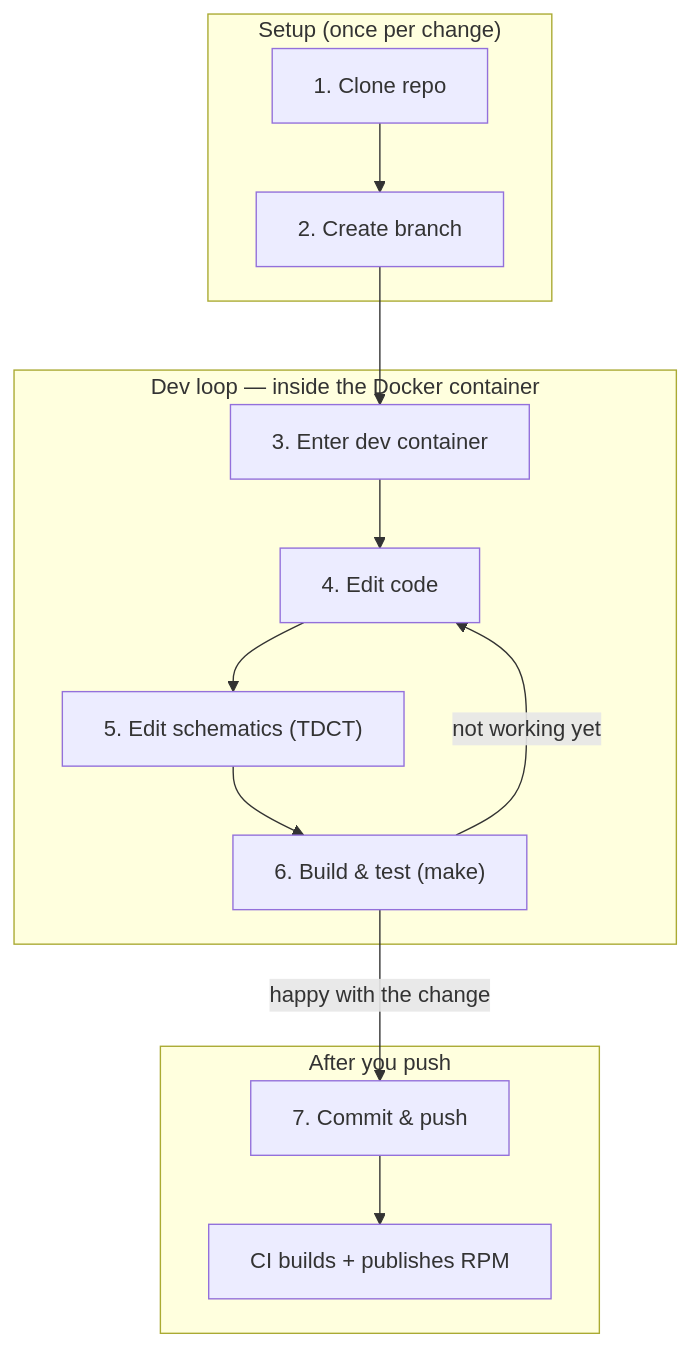
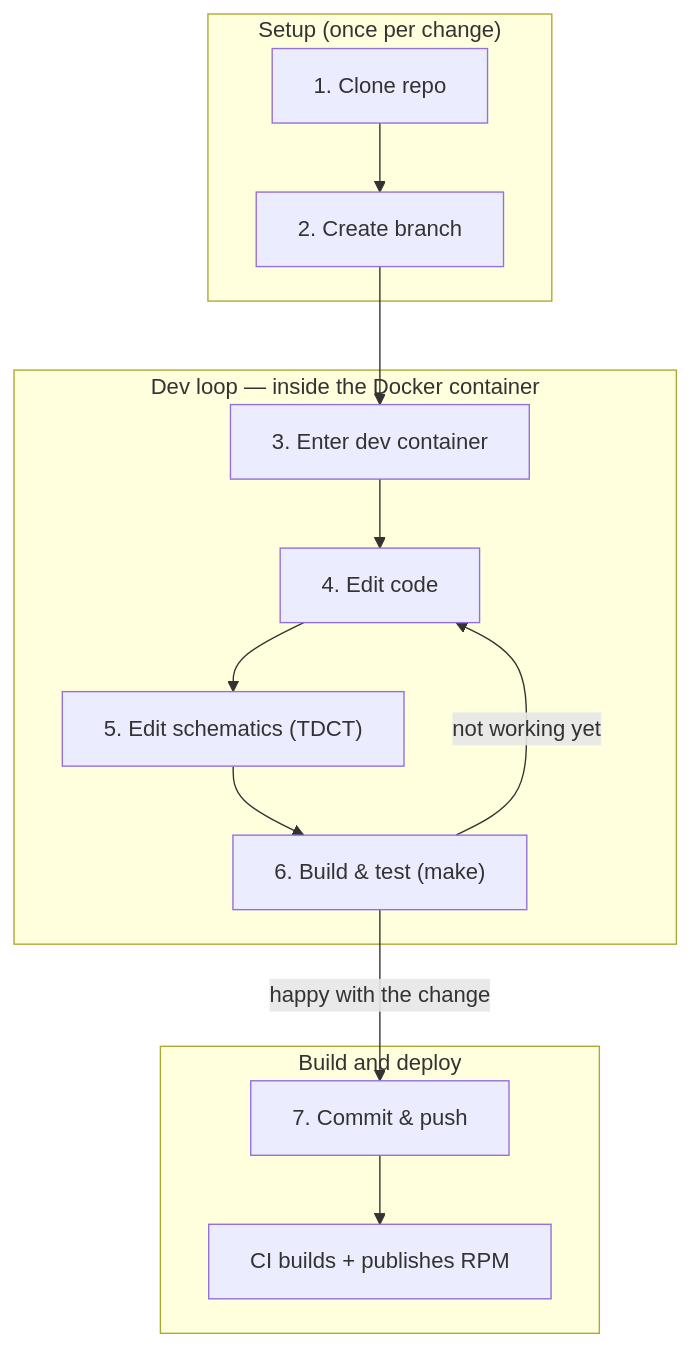
The diagram in WORKFLOW.md (gemini-rtsw/gemini-rtsw-ci), drawn with Mermaid before and after one commit. The commit also changed other lines of this file, not shown here.

First line of the commit message:
REL-4958 docs: rename final phase to 'Build and deploy', swap steps 8/9

````diff
--- a/WORKFLOW.md
+++ b/WORKFLOW.md
@@ -5,17 +5,17 @@
 ```mermaid
 flowchart TD
   subgraph setup["Setup (once per change)"]
     A["1. Clone repo"] --> B["2. Create branch"]
   end
   subgraph loop["Dev loop — inside the Docker container"]
     C["3. Enter dev container"] --> D["4. Edit code"]
     D --> E["5. Edit schematics (TDCT)"]
     E --> F["6. Build & test (make)"]
     F -->|"not working yet"| D
   end
-  subgraph after["After you push"]
+  subgraph after["Build and deploy"]
     G["7. Commit & push"] --> H["CI builds + publishes RPM"]
   end
   B --> C
   F -->|"happy with the change"| G
 ```
````
